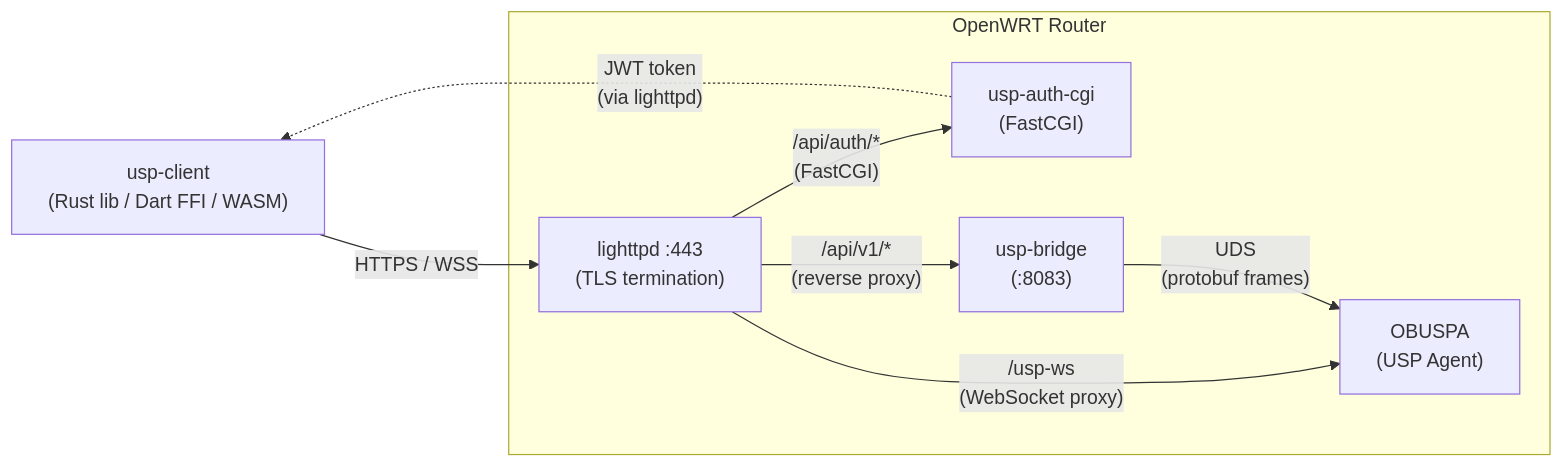
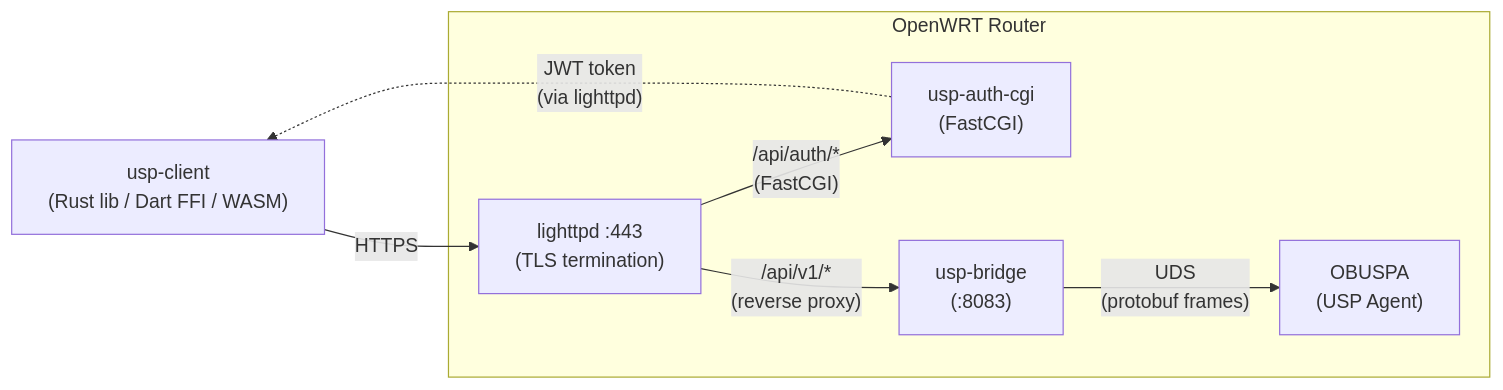
Before and after one commit to linksys/PrivacyGUI: the first of 4 diagrams in doc/usp/router/USP-CLIENT_USP-BRIDGE_ARCHITECTURE.md, drawn with Mermaid. The commit also changed other lines of this file and 50 other files, not shown here.

````diff
--- a/doc/usp/router/USP-CLIENT_USP-BRIDGE_ARCHITECTURE.md
+++ b/doc/usp/router/USP-CLIENT_USP-BRIDGE_ARCHITECTURE.md
@@ -12,19 +12,18 @@
 ```mermaid
 flowchart LR
     client["usp-client\n(Rust lib / Dart FFI / WASM)"]
 
     subgraph router["OpenWRT Router"]
         lighttpd["lighttpd :443\n(TLS termination)"]
         auth["usp-auth-cgi\n(FastCGI)"]
         bridge["usp-bridge\n(:8083)"]
         obuspa["OBUSPA\n(USP Agent)"]
 
         lighttpd -->|"/api/auth/*\n(FastCGI)"| auth
         lighttpd -->|"/api/v1/*\n(reverse proxy)"| bridge
-        lighttpd -->|"/usp-ws\n(WebSocket proxy)"| obuspa
         bridge -->|"UDS\n(protobuf frames)"| obuspa
     end
 
-    client -->|"HTTPS / WSS"| lighttpd
+    client -->|"HTTPS"| lighttpd
     auth -.->|"JWT token\n(via lighttpd)"| client
 ```
````
